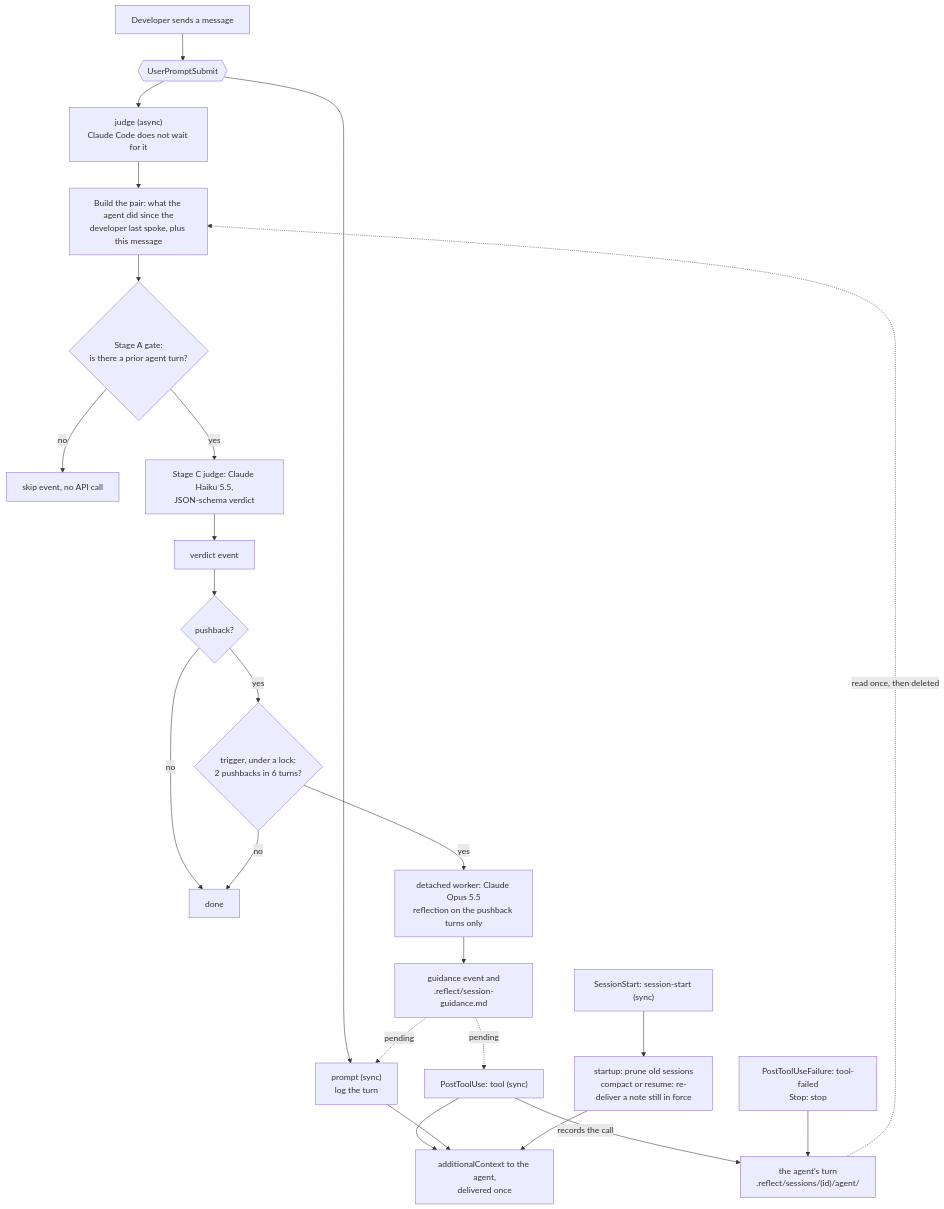
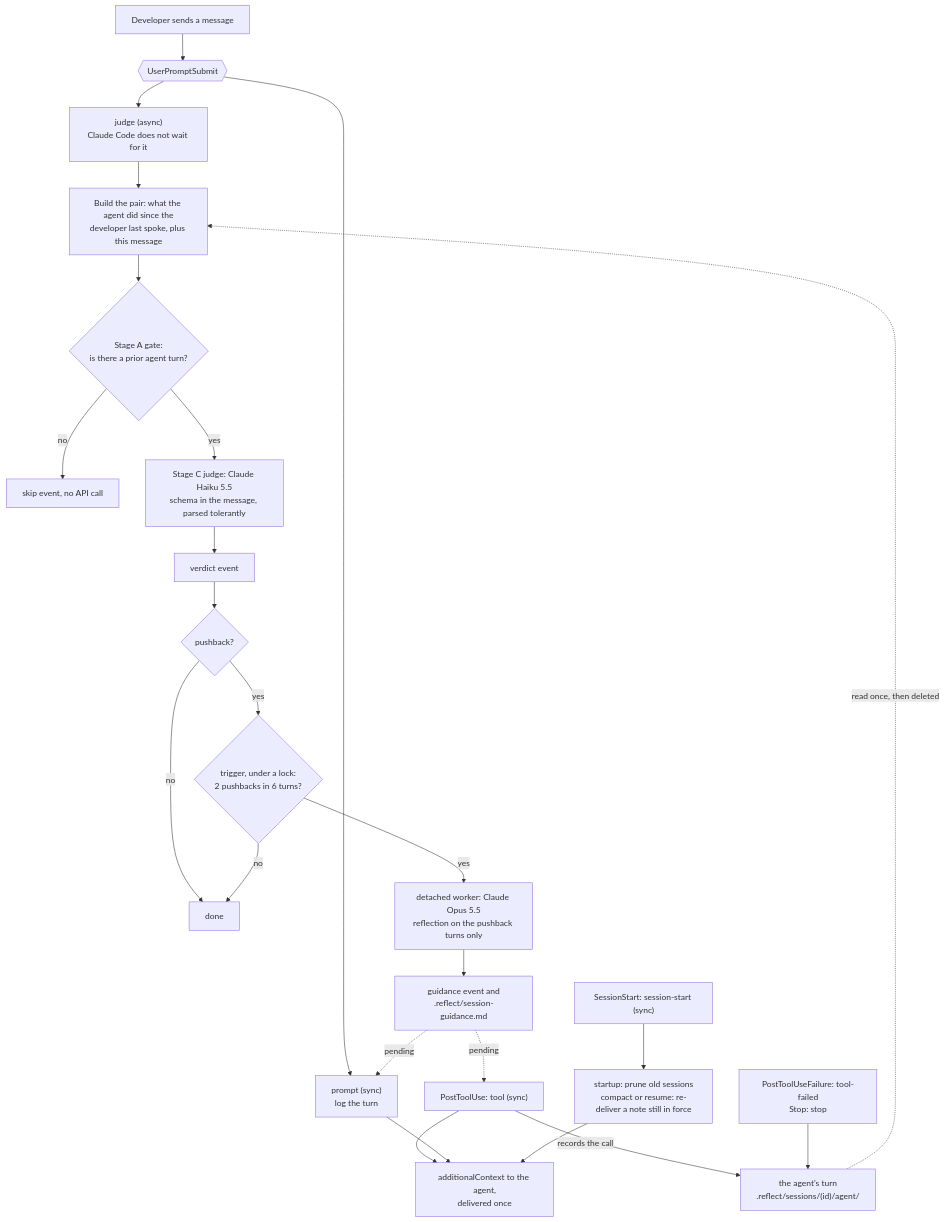
One commit to chanjoongx/reflect changed the second of 2 diagrams in ARCHITECTURE.md. Above: the diagram before and after it, drawn with Mermaid. The commit also changed other lines of this file and 28 other files, not shown here.

````diff
--- a/ARCHITECTURE.md
+++ b/ARCHITECTURE.md
@@ -72,26 +74,26 @@
 ```mermaid
 flowchart TD
     M["Developer sends a message"] --> UPS{{"UserPromptSubmit"}}
     UPS --> PR["prompt (sync)<br/>log the turn"]
     UPS --> J["judge (async)<br/>Claude Code does not wait for it"]
     J --> PAIR["Build the pair: what the agent did since the<br/>developer last spoke, plus this message"]
     PAIR --> GATE{"Stage A gate:<br/>is there a prior agent turn?"}
     GATE -- no --> SKIP["skip event, no API call"]
-    GATE -- yes --> JUDGE["Stage C judge: Claude Haiku 5.5,<br/>JSON-schema verdict"]
+    GATE -- yes --> JUDGE["Stage C judge: Claude Haiku 5.5<br/>schema in the message, parsed tolerantly"]
     JUDGE --> V["verdict event"]
     V --> PB{"pushback?"}
     PB -- no --> DONE["done"]
     PB -- yes --> ACC{"trigger, under a lock:<br/>2 pushbacks in 6 turns?"}
     ACC -- no --> DONE
     ACC -- yes --> REF["detached worker: Claude Opus 5.5<br/>reflection on the pushback turns only"]
     REF --> G["guidance event and<br/>.reflect/session-guidance.md"]
     G -. pending .-> T["PostToolUse: tool (sync)"]
     G -. pending .-> PR
     T -- records the call --> AT["the agent's turn<br/>.reflect/sessions/(id)/agent/"]
     TF["PostToolUseFailure: tool-failed<br/>Stop: stop"] --> AT
     AT -. read once, then deleted .-> PAIR
     T --> CTX["additionalContext to the agent,<br/>delivered once"]
     PR --> CTX
     SS["SessionStart: session-start (sync)"] --> SS2["startup: prune old sessions<br/>compact or resume: re-deliver a note still in force"]
     SS2 --> CTX
 ```
````
